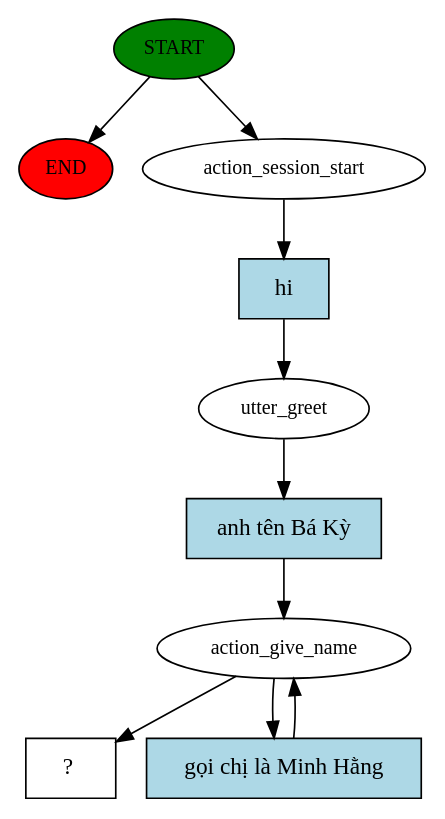
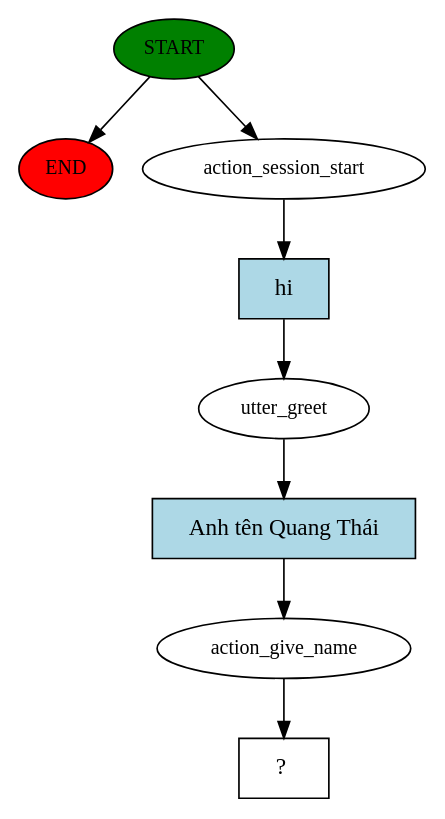
Before and after one commit to ThoiPT/chatbotArt: the diagram in story_graph.dot, drawn with Graphviz. The commit also changed 11 other files, not shown here.

```diff
--- a/story_graph.dot
+++ b/story_graph.dot
@@ -1,20 +1,17 @@
 digraph  {
 0 [class="start active", fillcolor=green, fontsize=12, label=START, style=filled];
 "-1" [class=end, fillcolor=red, fontsize=12, label=END, style=filled];
 1 [class=active, fontsize=12, label=action_session_start];
 2 [class=active, fontsize=12, label=utter_greet];
 3 [class=active, fontsize=12, label=action_give_name];
-5 [class="intent dashed active", label="  ?  ", shape=rect];
-6 [class="intent active", fillcolor=lightblue, label=hi, shape=rect, style=filled];
-7 [class="intent active", fillcolor=lightblue, label="anh tên Bá Kỳ", shape=rect, style=filled];
-8 [class="intent active", fillcolor=lightblue, label="gọi chị là Minh Hằng", shape=rect, style=filled];
+4 [class="intent dashed active", label="  ?  ", shape=rect];
+5 [class="intent active", fillcolor=lightblue, label=hi, shape=rect, style=filled];
+6 [class="intent active", fillcolor=lightblue, label="Anh tên Quang Thái", shape=rect, style=filled];
 0 -> "-1"  [class="", key=NONE, label=""];
 0 -> 1  [class=active, key=NONE, label=""];
-1 -> 6  [class=active, key=0];
-2 -> 7  [class=active, key=0];
-3 -> 5  [class=active, key=NONE, label=""];
-3 -> 8  [class=active, key=0];
-6 -> 2  [class=active, key=0];
-7 -> 3  [class=active, key=0];
-8 -> 3  [class=active, key=0];
+1 -> 5  [class=active, key=0];
+2 -> 6  [class=active, key=0];
+3 -> 4  [class=active, key=NONE, label=""];
+5 -> 2  [class=active, key=0];
+6 -> 3  [class=active, key=0];
 }
```
